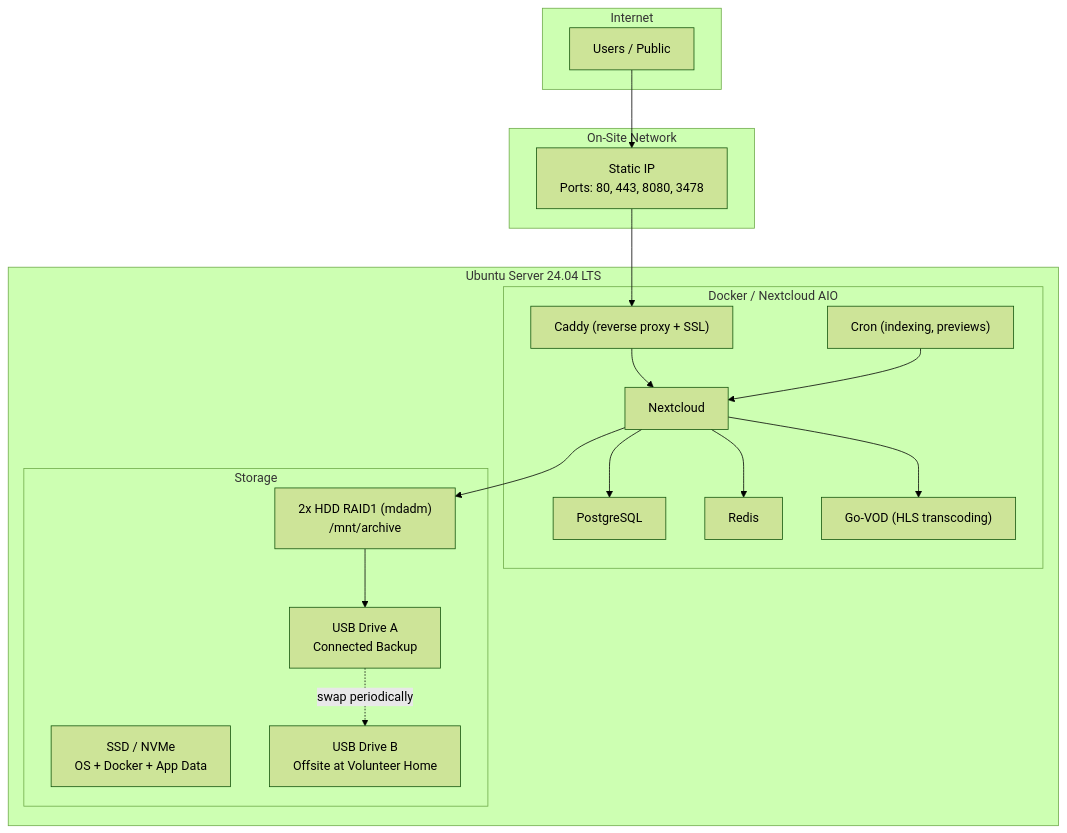
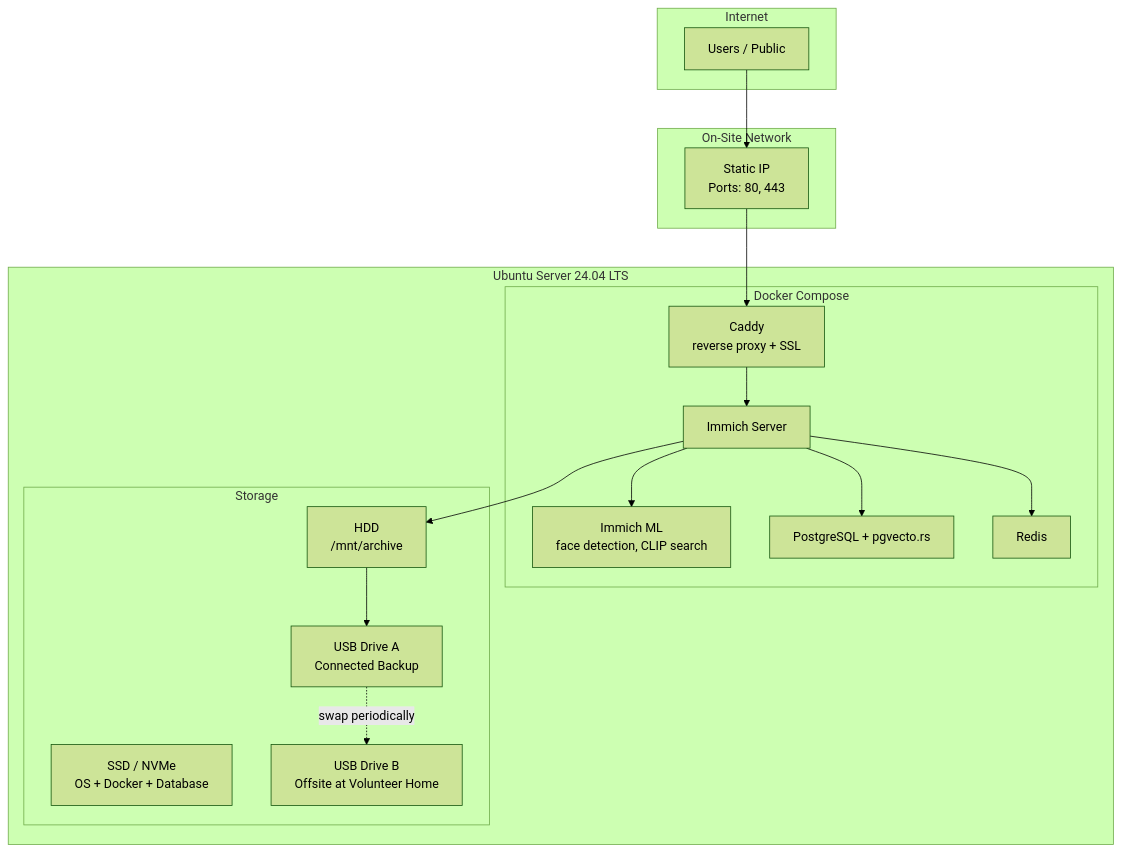
The diagram in docs/README.md (scottcanoni/steffi-nossen-archive), drawn with Mermaid (forest theme) before and after one commit. The commit also changed other lines of this file and 21 other files, not shown here.

````diff
--- a/docs/README.md
+++ b/docs/README.md
@@ -9,37 +9,35 @@
 ```mermaid
 graph TD
     subgraph internet [Internet]
-        Users[Users / Public]
+        Users["Users / Public"]
     end
 
-    subgraph network [On-Site Network]
-        StaticIP["Static IP<br/>Ports: 80, 443, 8080, 3478"]
+    subgraph network ["On-Site Network"]
+        StaticIP["Static IP<br/>Ports: 80, 443"]
     end
 
-    subgraph server [Ubuntu Server 24.04 LTS]
-        subgraph docker [Docker / Nextcloud AIO]
-            Caddy["Caddy (reverse proxy + SSL)"]
-            NC[Nextcloud]
-            PG[PostgreSQL]
-            Redis[Redis]
-            GoVOD["Go-VOD (HLS transcoding)"]
-            Cron["Cron (indexing, previews)"]
+    subgraph server ["Ubuntu Server 24.04 LTS"]
+        subgraph docker ["Docker Compose"]
+            Caddy["Caddy<br/>reverse proxy + SSL"]
+            ImmichServer["Immich Server"]
+            ML["Immich ML<br/>face detection, CLIP search"]
+            PG["PostgreSQL + pgvecto.rs"]
+            Redis["Redis"]
         end
 
         subgraph storage [Storage]
-            SSD["SSD / NVMe<br/>OS + Docker + App Data"]
-            RAID["2x HDD RAID1 (mdadm)<br/>/mnt/archive"]
+            SSD["SSD / NVMe<br/>OS + Docker + Database"]
+            HDD["HDD<br/>/mnt/archive"]
             USB_A["USB Drive A<br/>Connected Backup"]
             USB_B["USB Drive B<br/>Offsite at Volunteer Home"]
         end
     end
 
-    Users --> StaticIP --> Caddy --> NC
-    NC --> PG
-    NC --> Redis
-    NC --> GoVOD
-    NC --> RAID
-    Cron --> NC
-    RAID --> USB_A
+    Users --> StaticIP --> Caddy --> ImmichServer
+    ImmichServer --> PG
+    ImmichServer --> Redis
+    ImmichServer --> ML
+    ImmichServer --> HDD
+    HDD --> USB_A
     USB_A -.->|"swap periodically"| USB_B
 ```
````
